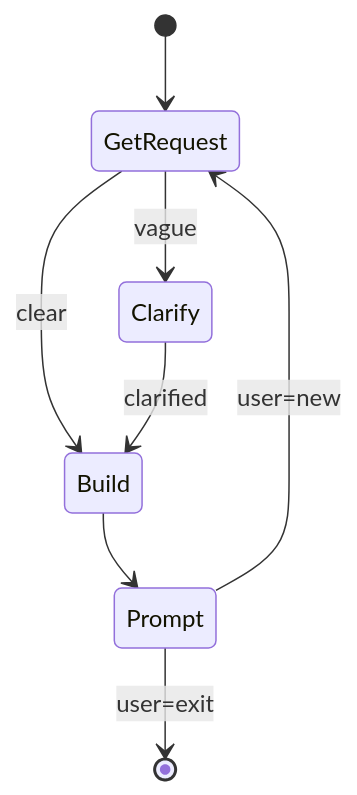
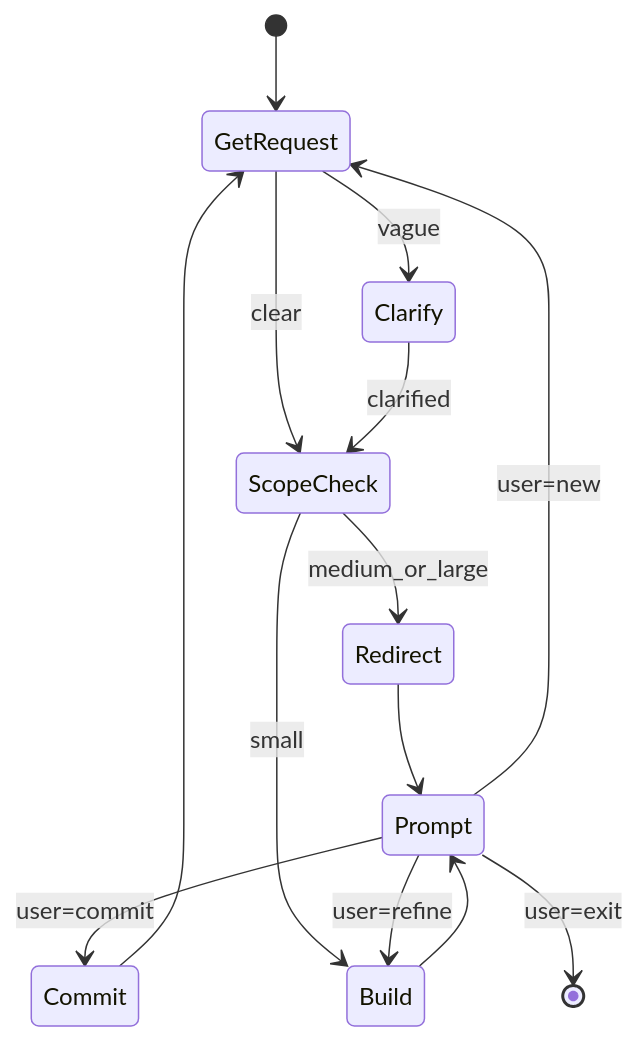
Before and after one commit to rp1-run/rp1: the diagram in plugins/dev/skills/build-express/SKILL.md, drawn with Mermaid. The commit also changed other lines of this file, not shown here.

First line of the commit message:
fix(dev): rewrite build-express to use general sub-agent with scope gating

````diff
--- a/plugins/dev/skills/build-express/SKILL.md
+++ b/plugins/dev/skills/build-express/SKILL.md
@@ -36,10 +36,16 @@
 ```mermaid
 stateDiagram-v2
   [*] --> GetRequest
   GetRequest --> Clarify: vague
-  GetRequest --> Build: clear
-  Clarify --> Build: clarified
+  GetRequest --> ScopeCheck: clear
+  Clarify --> ScopeCheck: clarified
+  ScopeCheck --> Redirect: medium_or_large
+  ScopeCheck --> Build: small
+  Redirect --> Prompt
   Build --> Prompt
+  Prompt --> Commit: user=commit
+  Prompt --> Build: user=refine
   Prompt --> GetRequest: user=new
   Prompt --> [*]: user=exit
+  Commit --> GetRequest
 ```
````
